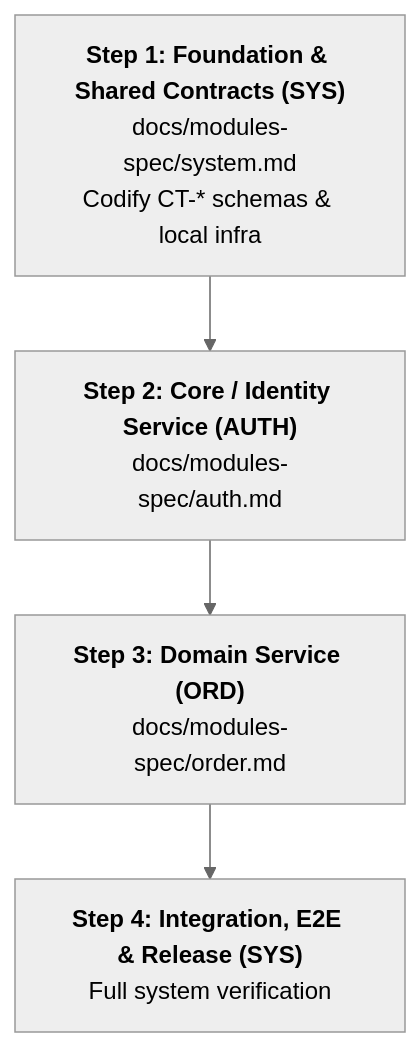
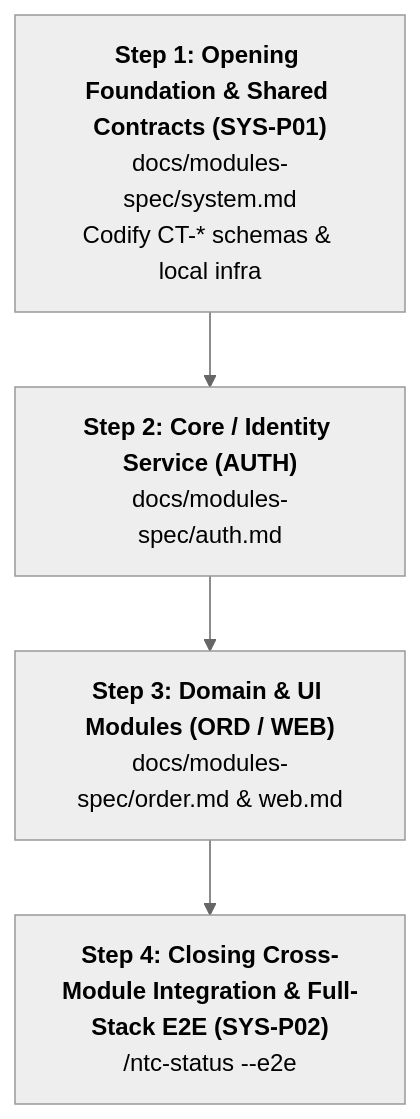
One commit to chien5572/ntc-micro-harness changed the diagram in docs/templates/step-by-step-template.md. Above: the diagram before and after it, drawn with Mermaid (neutral theme). The commit also changed other lines of this file and 37 other files, not shown here.

Commit message:
feat(plugin): package NTC Micro-Harness v2.1 plugin with 6-step /ntc-* workflow and Git remote setup

````diff
--- a/docs/templates/step-by-step-template.md
+++ b/docs/templates/step-by-step-template.md
@@ -13,11 +28,11 @@
 ```mermaid
 flowchart TD
-    S1["<b>Step 1: Foundation & Shared Contracts (SYS)</b><br/>docs/modules-spec/system.md<br/>Codify CT-* schemas & local infra"]
+    S1["<b>Step 1: Opening Foundation & Shared Contracts (SYS-P01)</b><br/>docs/modules-spec/system.md<br/>Codify CT-* schemas & local infra"]
     S2["<b>Step 2: Core / Identity Service (AUTH)</b><br/>docs/modules-spec/auth.md"]
-    S3["<b>Step 3: Domain Service (ORD)</b><br/>docs/modules-spec/order.md"]
-    S4["<b>Step 4: Integration, E2E & Release (SYS)</b><br/>Full system verification"]
+    S3["<b>Step 3: Domain & UI Modules (ORD / WEB)</b><br/>docs/modules-spec/order.md & web.md"]
+    S4["<b>Step 4: Closing Cross-Module Integration & Full-Stack E2E (SYS-P02)</b><br/>/ntc-status --e2e"]
 
     S1 --> S2
     S2 --> S3
     S3 --> S4
 ```
````
